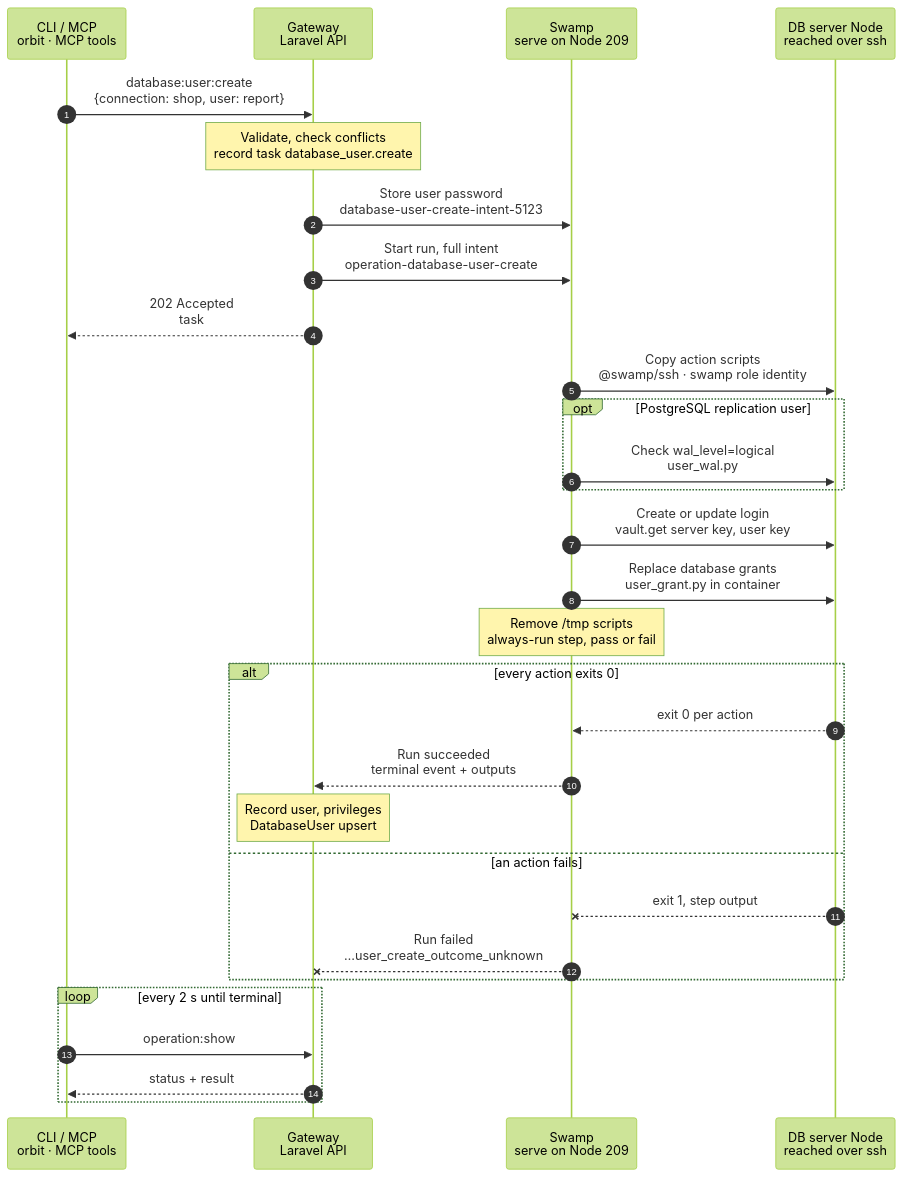
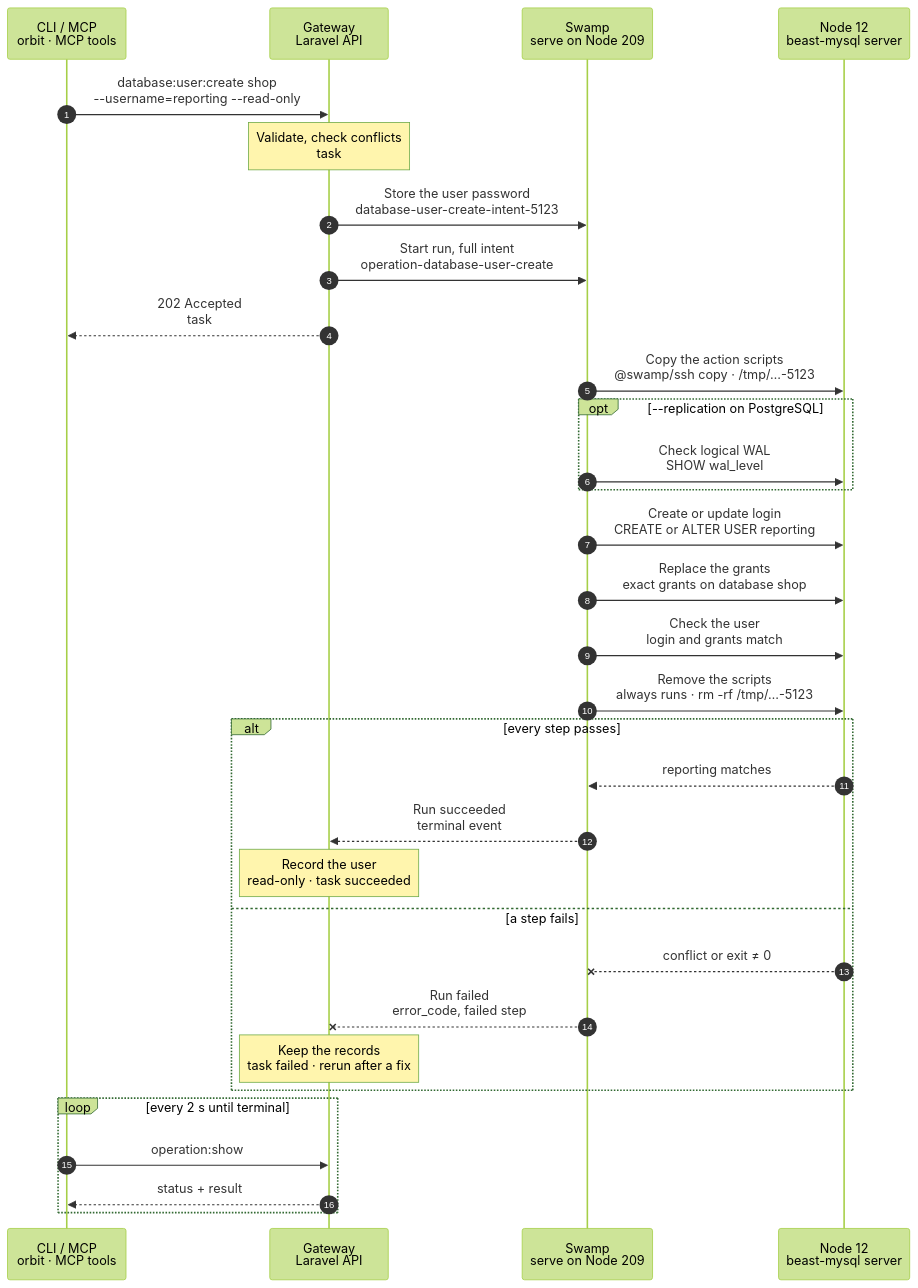
One commit to hardimpactdev/orbit changed the diagram in docs/flows/database_user.create.mmd. Above: the diagram before and after it, drawn with Mermaid (forest theme). The commit also changed 8 other files, not shown here.

First line of the commit message:
docs(flows): wave 4 database charts (#2437)

```diff
--- a/docs/flows/database_user.create.mmd
+++ b/docs/flows/database_user.create.mmd
@@ -1,36 +1,128 @@
 sequenceDiagram
-  %% Target design: ADR 0244 task + single-swamp-node; DECISIONS R3 (server key by name, no root password in intent), 5 (swamp role SSH identity), always-run cleanup.
+  %% Target design: ADR 0244 task, DECISIONS R1-R4, 5 (swamp role SSH identity), round 2 bugs (server admin password by its own vault key, cleanup on pass or fail). docs/reference/database-servers.md#add-a-user.
   %% status: draft
+  %% command: database:user:create
   autonumber
   %% lane CLI icon=terminal pill=caller tone=gray
   %% lane GW icon=gateway pill=intent tone=blue
   %% lane SW icon=workflow pill=executes tone=green
   %% lane N icon=server pill=target tone=amber
   participant CLI as CLI / MCP<br/>orbit · MCP tools
   participant GW as Gateway<br/>Laravel API
   participant SW as Swamp<br/>serve on Node 209
-  participant N as DB server Node<br/>reached over ssh
-  CLI->>GW: database:user:create<br/>{connection: shop, user: report}
-  Note over GW: Validate, check conflicts<br/>record task database_user.create
-  GW->>SW: Store user password<br/>database-user-create-intent-5123
+  participant N as Node 12<br/>beast-mysql server
+  CLI->>GW: database:user:create shop<br/>--username=reporting --read-only
+  %%> Command:
+  %%> - `printf '%s' "$PASSWORD" | orbit database:user:create shop --username=reporting --read-only`
+  %%> - syntax: `<slug> --username=USER [--read-only] [--replication] [--idempotency-key=KEY]`
+  %%> Input:
+  %%> - the connection slug of a database on a MySQL or PostgreSQL server
+  %%> - the username: a 1-32 character identifier
+  %%> - the password from piped standard input, or a hidden `Password` prompt on a terminal; never an argument
+  %%> Grants:
+  %%> - `--read-only`: `SELECT` on the database
+  %%> - none: all database privileges on MySQL, data-write grants on PostgreSQL
+  %%> - `--replication`: PostgreSQL only, `LOGIN REPLICATION` with read-only grants
+  Note over GW: Validate, check conflicts<br/>task #5123 · lock beast-mysql
+  %%> Requirements:
+  %%> - your Node has an access grant to Node 12
+  %%> - connection `shop` has a Database server (`database.server_required`)
+  %%> - the server is MySQL or PostgreSQL (`database.driver_unsupported`); on Valkey each user is its own connection
+  %%> - `reporting` is not the user of a connection on the server (`database.name_conflict`)
+  %%> - no database removal runs on `beast-mysql`; the Gateway holds one lock per Database server
+  %%> Result:
+  %%> - task #5123 recorded with the database, owner, username and grant policy
+  %%> - the password stored encrypted; nothing has happened on the Node yet
+  GW->>SW: Store the user password<br/>database-user-create-intent-5123
+  %%> What it does:
+  %%> - puts the user's password, and on PostgreSQL a stable SCRAM salt, into the Swamp vault on Node 209 (R3)
+  %%> Not included:
+  %%> - the server's admin password; it is already in the vault under the server's own key `database-server-3-admin`
   GW->>SW: Start run, full intent<br/>operation-database-user-create
+  %%> What it does:
+  %%> - starts one Swamp run on serve (Node 209)
+  %%> Inputs:
+  %%> - the driver, database, owner, username, grant policy and replication flag
+  %%> - the vault key names `database-user-create-intent-5123` and `database-server-3-admin`
+  %%> - Node 12's address and SSH host keys; the SSH identity comes from the `swamp` role
   GW-->>CLI: 202 Accepted<br/>task #5123
-  SW->>N: Copy action scripts<br/>@swamp/ssh · swamp role identity
-  opt PostgreSQL replication user
-    SW->>N: Check wal_level=logical<br/>user_wal.py
+  %%> What you get:
+  %%> - the task number, at once
+  %%> Next:
+  %%> - the CLI follows the task with `operation:show`
+  SW->>N: Copy the action scripts<br/>@swamp/ssh copy · /tmp/…-5123
+  %%> How:
+  %%> - Swamp reaches Node 12 over SSH from 209 with the official `@swamp/ssh` behavior
+  %%> - the SSH identity is the one the `swamp` role owns, at its one role-defined place
+  %%> What it does:
+  %%> - copies the shipped scripts into `/tmp/orbit-database-user-create-5123`
+  %%> - each later step reads both passwords with `vault.get` and passes them on standard input, never in argv
+  opt --replication on PostgreSQL
+    SW->>N: Check logical WAL<br/>SHOW wal_level
+    %%> What it does:
+    %%> - checks that the live server has `wal_level=logical`, before any change
+    %%> Refuses:
+    %%> - another level gives `database.wal_level_not_logical`; nothing changes
+    %%> Not included:
+    %%> - Orbit never changes the server configuration or creates publications
   end
-  SW->>N: Create or update login<br/>vault.get server key, user key
-  SW->>N: Replace database grants<br/>user_grant.py in container
-  Note over SW: Remove /tmp scripts<br/>always-run step, pass or fail
-  alt every action exits 0
-    N-->>SW: exit 0 per action
-    SW-->>GW: Run succeeded<br/>terminal event + outputs
-    Note over GW: Record user, privileges<br/>DatabaseUser upsert
-  else an action fails
-    N--xSW: exit 1, step output
-    SW--xGW: Run failed<br/>…user_create_outcome_unknown
+  SW->>N: Create or update login<br/>CREATE or ALTER USER reporting
+  %%> What it does:
+  %%> - creates the login, or sets the password of a user Orbit recorded before
+  %%> - PostgreSQL: adds or removes the replication attribute
+  %%> Refuses:
+  %%> - an existing PostgreSQL role outside this connection (`database.name_conflict`)
+  SW->>N: Replace the grants<br/>exact grants on database shop
+  %%> What it does:
+  %%> - replaces the user's privileges with exactly the requested ones
+  %%> - MySQL: escapes underscores, so the grant covers only `shop`
+  %%> - PostgreSQL replication: also owner defaults for future public tables
+  SW->>N: Check the user<br/>login and grants match
+  %%> What it does:
+  %%> - reads the live role or user back and checks its login, attributes and grants
+  %%> Why:
+  %%> - the user only counts as created when the server shows it
+  SW->>N: Remove the scripts<br/>always runs · rm -rf /tmp/…-5123
+  %%> When:
+  %%> - always, after the steps above, whether they passed or failed
+  %%> What it does:
+  %%> - removes `/tmp/orbit-database-user-create-5123`, so no scripts stay on Node 12
+  %%> If it fails:
+  %%> - the task result does not change; the directory holds no secrets
+  alt every step passes
+    N-->>SW: reporting matches
+    %%> Returns:
+    %%> - the check passed
+    SW-->>GW: Run succeeded<br/>terminal event
+    %%> How the Gateway learns it:
+    %%> - its shared run reader sees the terminal event; Swamp never calls the Gateway
+    Note over GW: Record the user<br/>read-only · task succeeded
+    %%> Result:
+    %%> - user `reporting` recorded for `shop`, with its privileges and encrypted password
+    %%> - `database:user:list shop` shows it; `vault:sync` can publish its password to Vaultwarden
+    %%> - task #5123 succeeds
+  else a step fails
+    N--xSW: conflict or exit ≠ 0
+    %%> When:
+    %%> - a name conflict, the wrong WAL level, failed SQL, or a lost SSH connection
+    SW--xGW: Run failed<br/>error_code, failed step
+    %%> The Gateway reads:
+    %%> - which step failed and its error code
+    Note over GW: Keep the records<br/>task failed · rerun after a fix
+    %%> Result:
+    %%> - the user records stay as before; a new user is not recorded
+    %%> - task #5123 fails
+    %%> On the Node:
+    %%> - a login created before the failure stays; there is no rollback
+    %%> - that is safe: a rerun sets the password and replaces the grants again
+    %%> Retry:
+    %%> - run the same command again after fixing the cause; it is a new task
   end
   loop every 2 s until terminal
     CLI->>GW: operation:show #5123
+    %%> What it does:
+    %%> - asks for the task's status every 2 seconds until it has ended
     GW-->>CLI: status + result
+    %%> Returns:
+    %%> - the current status, and the result once the task has ended
   end
```
